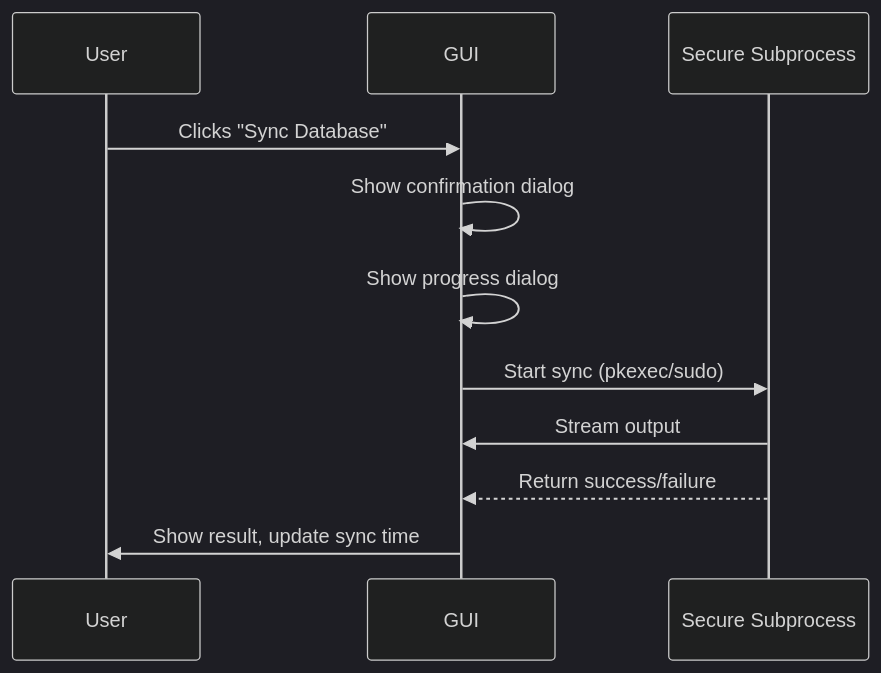
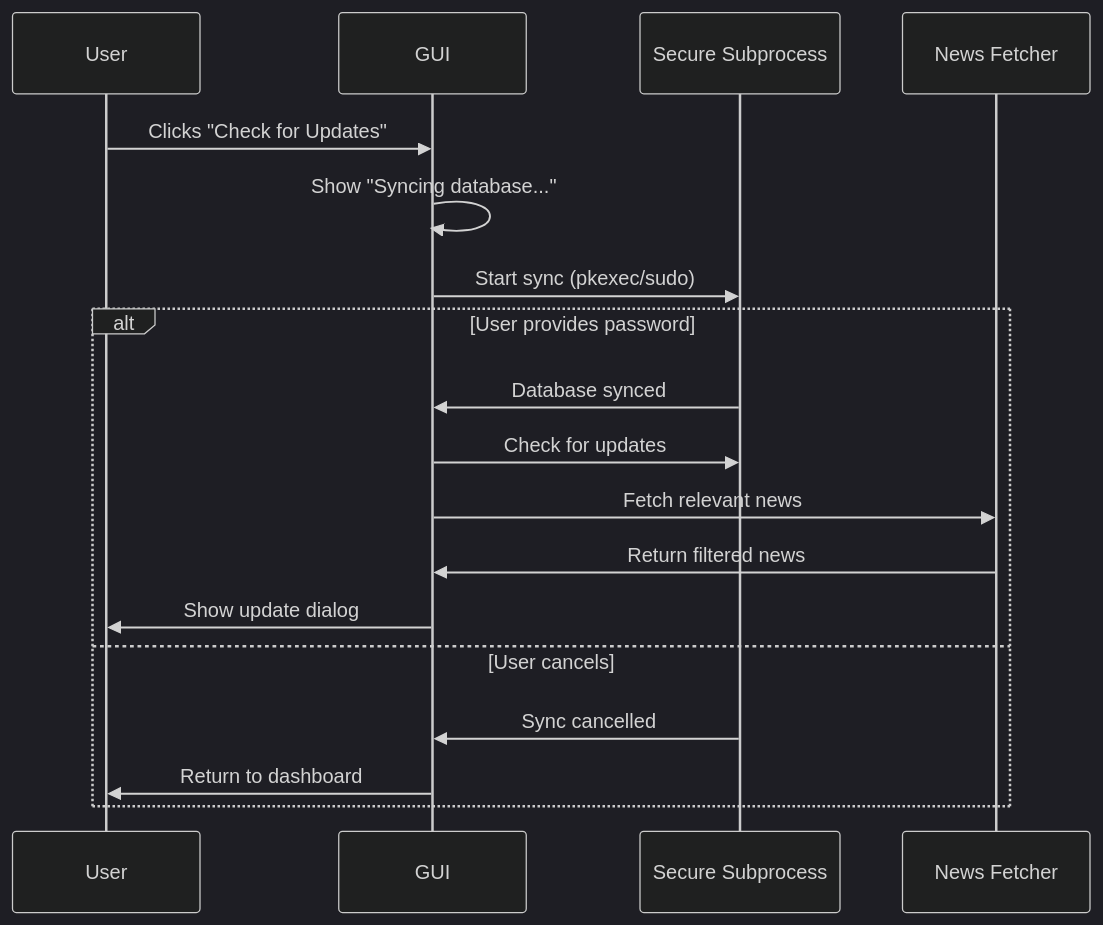
One commit to NeatCode-Labs/arch-smart-update-checker changed the second of 2 diagrams in docs/HOW_ASUC_WORKS.md. Above: the diagram before and after it, drawn with Mermaid (dark theme). The commit also changed other lines of this file and 15 other files, not shown here.

First line of the commit message:
Release v2.3.0: Integrate DB sync into Check for Updates

````diff
--- a/docs/HOW_ASUC_WORKS.md
+++ b/docs/HOW_ASUC_WORKS.md
@@ -61,13 +59,20 @@
 ```mermaid
 sequenceDiagram
     participant U as User
     participant G as GUI
     participant S as Secure Subprocess
-    U->>G: Clicks "Sync Database"
-    G->>G: Show confirmation dialog
-    G->>G: Show progress dialog
+    participant N as News Fetcher
+    U->>G: Clicks "Check for Updates"
+    G->>G: Show "Syncing database..."
     G->>S: Start sync (pkexec/sudo)
-    S->>G: Stream output
-    S-->>G: Return success/failure
-    G->>U: Show result, update sync time
+    alt User provides password
+        S->>G: Database synced
+        G->>S: Check for updates
+        G->>N: Fetch relevant news
+        N->>G: Return filtered news
+        G->>U: Show update dialog
+    else User cancels
+        S->>G: Sync cancelled
+        G->>U: Return to dashboard
+    end
 ```
````
